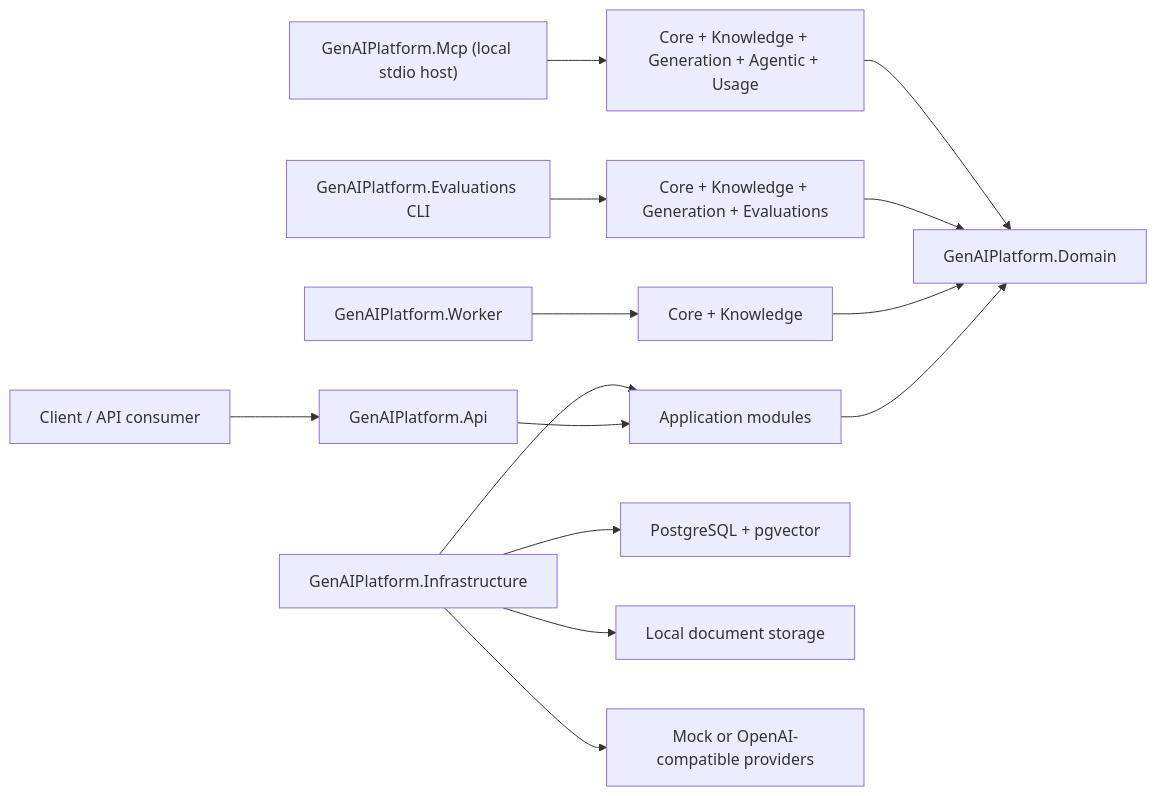
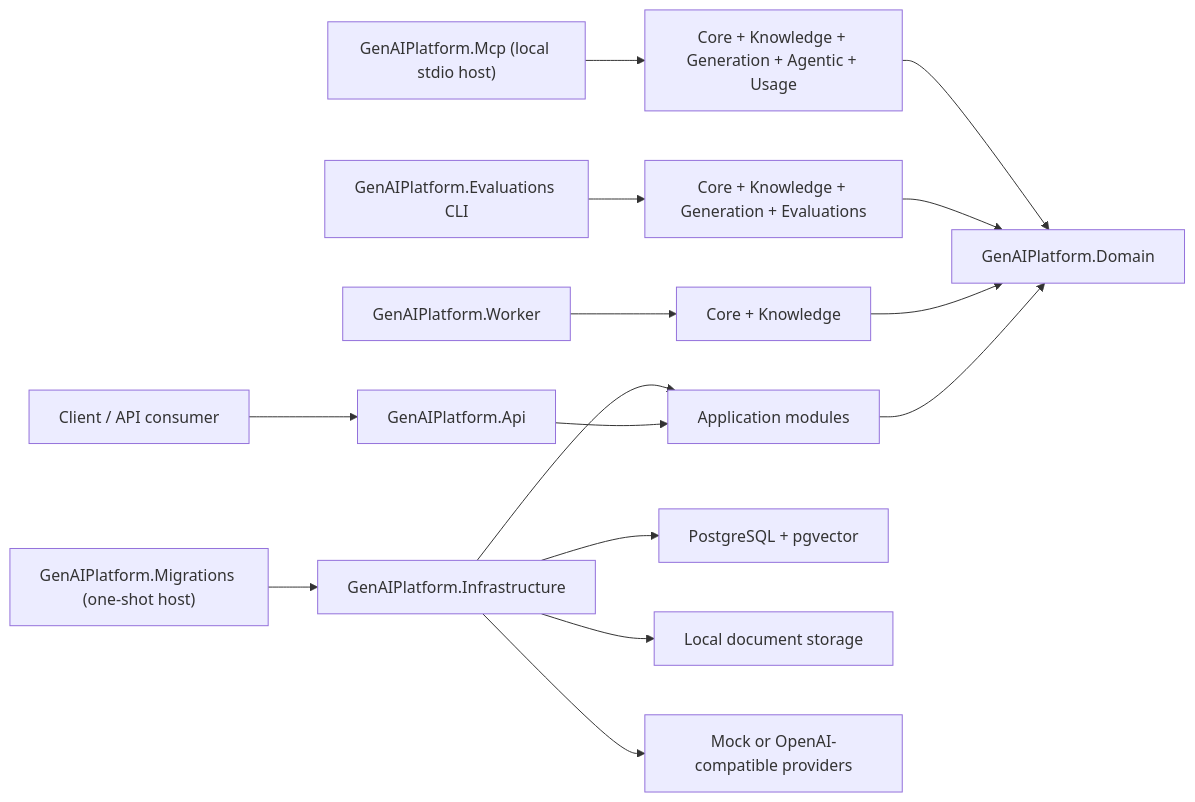
One commit to ilagutin/dotnet-genai-starter changed the diagram in README.md. Above: the diagram before and after it, drawn with Mermaid. The commit also changed other lines of this file and 188 other files, not shown here.

````diff
--- a/README.md
+++ b/README.md
@@ -14,16 +14,17 @@
 ```mermaid
 flowchart LR
     Client["Client / API consumer"] --> Api["GenAIPlatform.Api"]
     Api --> Modules["Application modules"]
     Worker["GenAIPlatform.Worker"] --> Knowledge["Core + Knowledge"]
     Evaluations["GenAIPlatform.Evaluations CLI"] --> EvalModules["Core + Knowledge + Generation + Evaluations"]
     Mcp["GenAIPlatform.Mcp (local stdio host)"] --> McpModules["Core + Knowledge + Generation + Agentic + Usage"]
+    Migrations["GenAIPlatform.Migrations (one-shot host)"] --> Infrastructure
     Modules --> Domain["GenAIPlatform.Domain"]
     Knowledge --> Domain
     EvalModules --> Domain
     McpModules --> Domain
     Infrastructure["GenAIPlatform.Infrastructure"] --> Modules
     Infrastructure --> Postgres["PostgreSQL + pgvector"]
     Infrastructure --> Storage["Local document storage"]
     Infrastructure --> Providers["Mock or OpenAI-compatible providers"]
 ```
````
